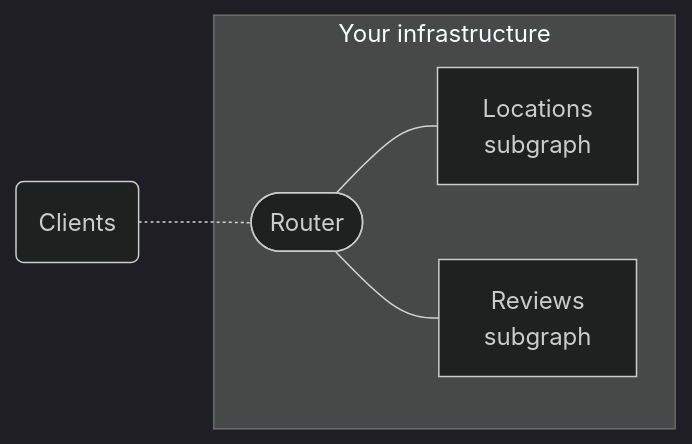
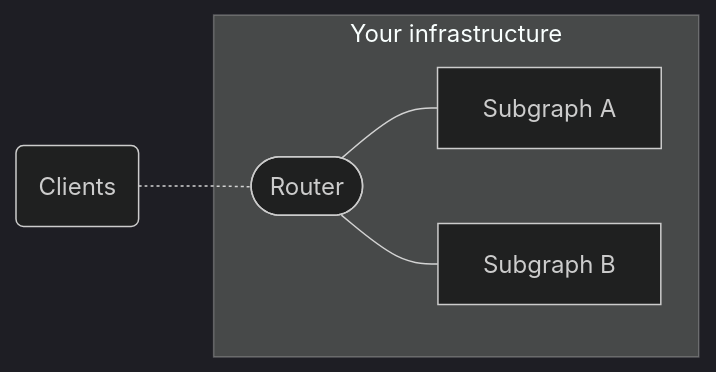
The diagram in src/content/graphos/basics/routing/self-hosted.mdx (apollographql/docs), drawn with Mermaid (dark theme) before and after one commit. The commit also changed other lines of this file and 3 other files, not shown here.

````diff
--- a/src/content/graphos/basics/routing/self-hosted.mdx
+++ b/src/content/graphos/basics/routing/self-hosted.mdx
@@ -14,12 +22,12 @@
 ```mermaid
 flowchart LR;
   clients(Clients);
   subgraph "Your infrastructure";
   router(["Router"]);
-  subgraphA[Locations<br/>subgraph];
-  subgraphB[Reviews<br/>subgraph];
-  router --- subgraphA & subgraphB;
+  serviceB[Subgraph A];
+  serviceC[Subgraph B];
+  router --- serviceB & serviceC;
   end;
   clients -.- router;
   class clients secondary;
 ```
````
